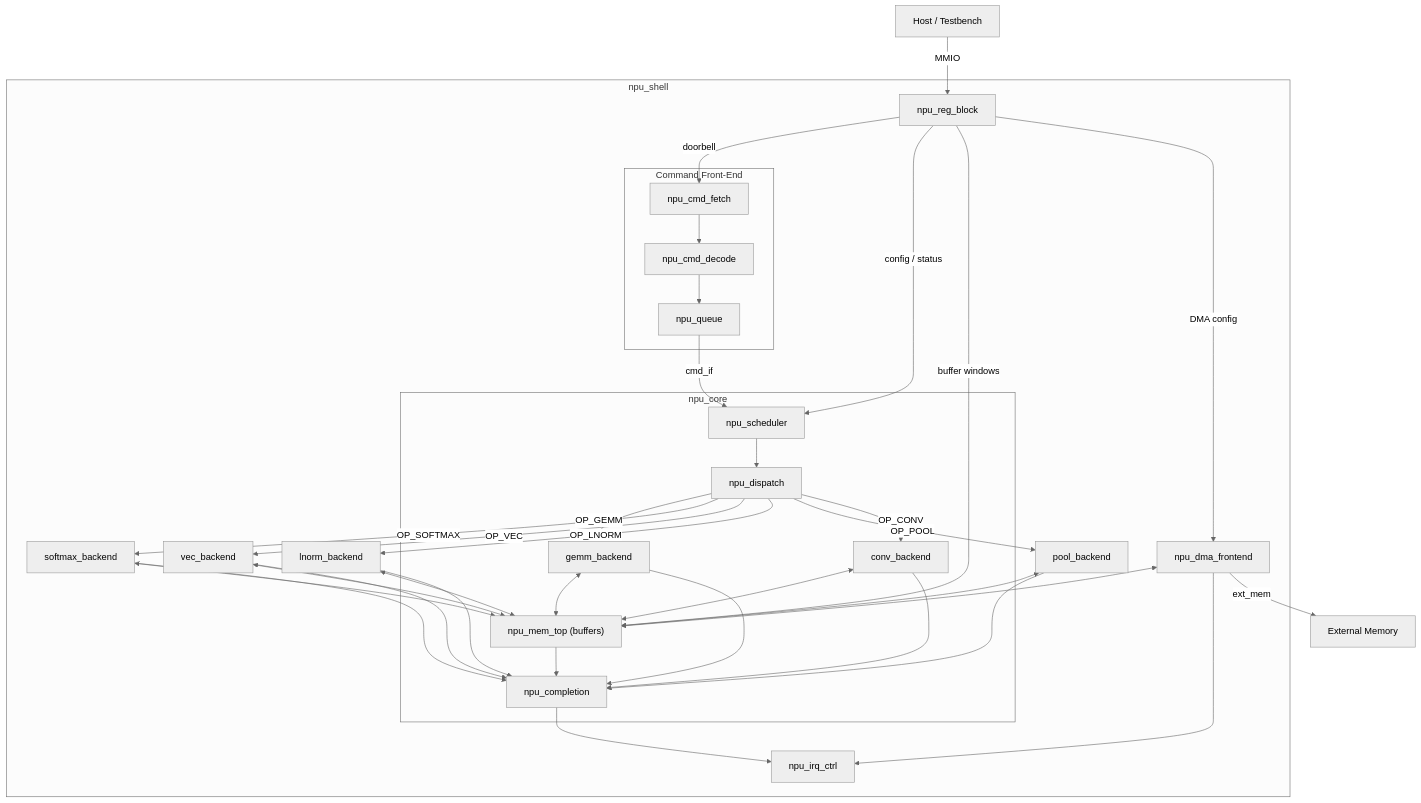
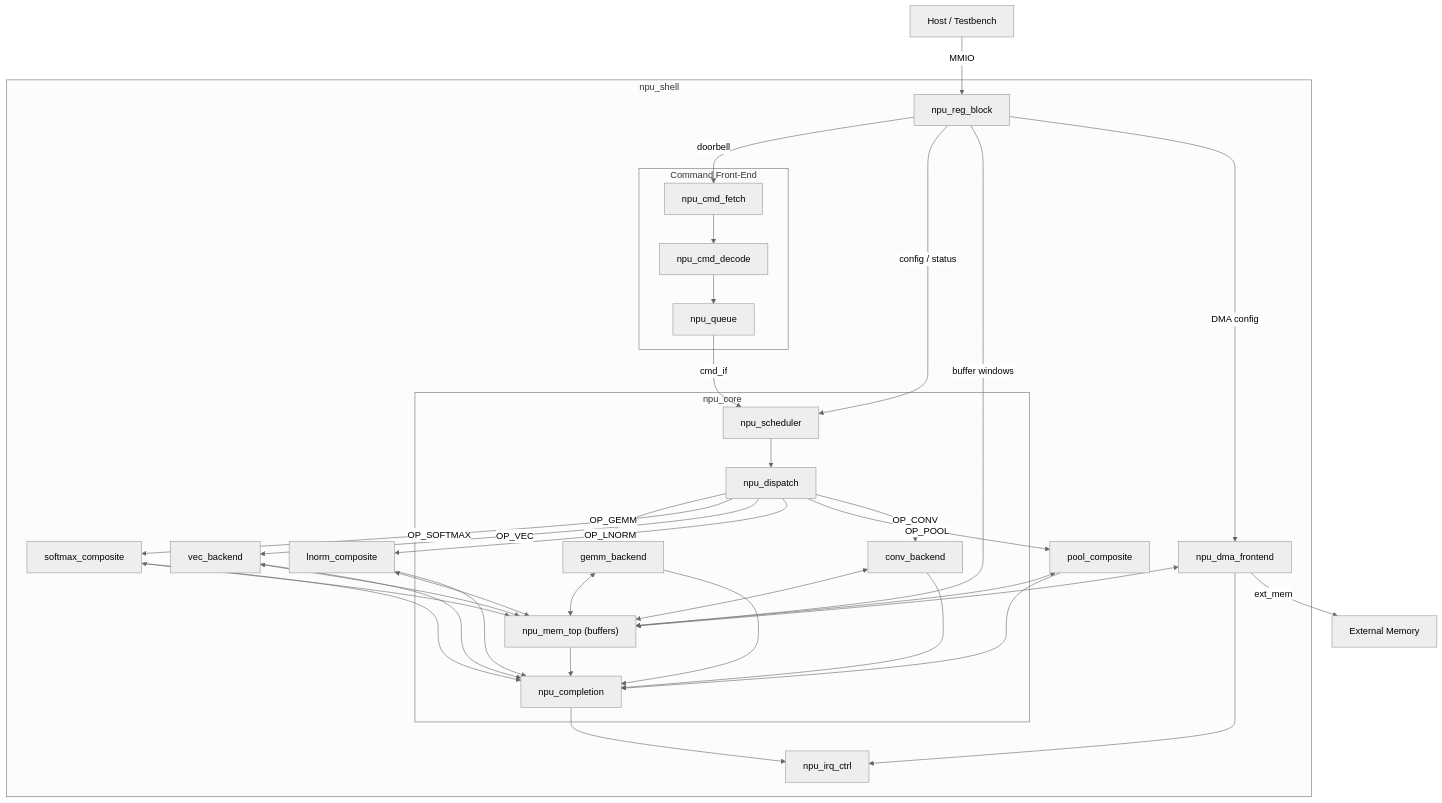
One commit to Arty3/lg-npu changed the diagram in docs/arch/overview.md. Above: the diagram before and after it, drawn with Mermaid (neutral theme). The commit also changed other lines of this file and 33 other files, not shown here.

````diff
--- a/docs/arch/overview.md
+++ b/docs/arch/overview.md
@@ -27,58 +27,58 @@
 ```mermaid
 graph TD
     Host["Host / Testbench"]
 
     Host -- MMIO --> rb
 
     subgraph shell [npu_shell]
         rb["npu_reg_block"]
 
         subgraph cmd_fe [Command Front-End]
             cf["npu_cmd_fetch"] --> cd["npu_cmd_decode"] --> q["npu_queue"]
         end
 
         rb -- doorbell --> cf
 
         subgraph core [npu_core]
             sched["npu_scheduler"]
             dispatch["npu_dispatch"]
             mem_top["npu_mem_top (buffers)"]
             gemm["gemm_backend"]
             conv["conv_backend"]
             completion["npu_completion"]
         end
 
         q -- cmd_if --> sched
         rb -- "config / status" --> sched
         sched --> dispatch
         dispatch -- "OP_GEMM" --> gemm
-        dispatch -- "OP_SOFTMAX" --> smax["softmax_backend"]
+        dispatch -- "OP_SOFTMAX" --> smax["softmax_composite"]
         dispatch -- "OP_VEC" --> vec["vec_backend"]
-        dispatch -- "OP_LNORM" --> lnorm["lnorm_backend"]
-        dispatch -- "OP_POOL" --> pool["pool_backend"]
+        dispatch -- "OP_LNORM" --> lnorm["lnorm_composite"]
+        dispatch -- "OP_POOL" --> pool["pool_composite"]
         dispatch -- "OP_CONV" --> conv
         gemm <--> mem_top
         smax <--> mem_top
         vec <--> mem_top
         lnorm <--> mem_top
         pool <--> mem_top
         conv <--> mem_top
         gemm --> completion
         smax --> completion
         vec --> completion
         lnorm --> completion
         pool --> completion
         conv --> completion
         mem_top --> completion
 
         dma["npu_dma_frontend"]
         irq["npu_irq_ctrl"]
         completion --> irq
         dma --> irq
     end
 
     rb -- "buffer windows" --> mem_top
     rb -- "DMA config" --> dma
     dma <--> mem_top
     dma -- "ext_mem" --> ExtMem["External Memory"]
 ```
````
